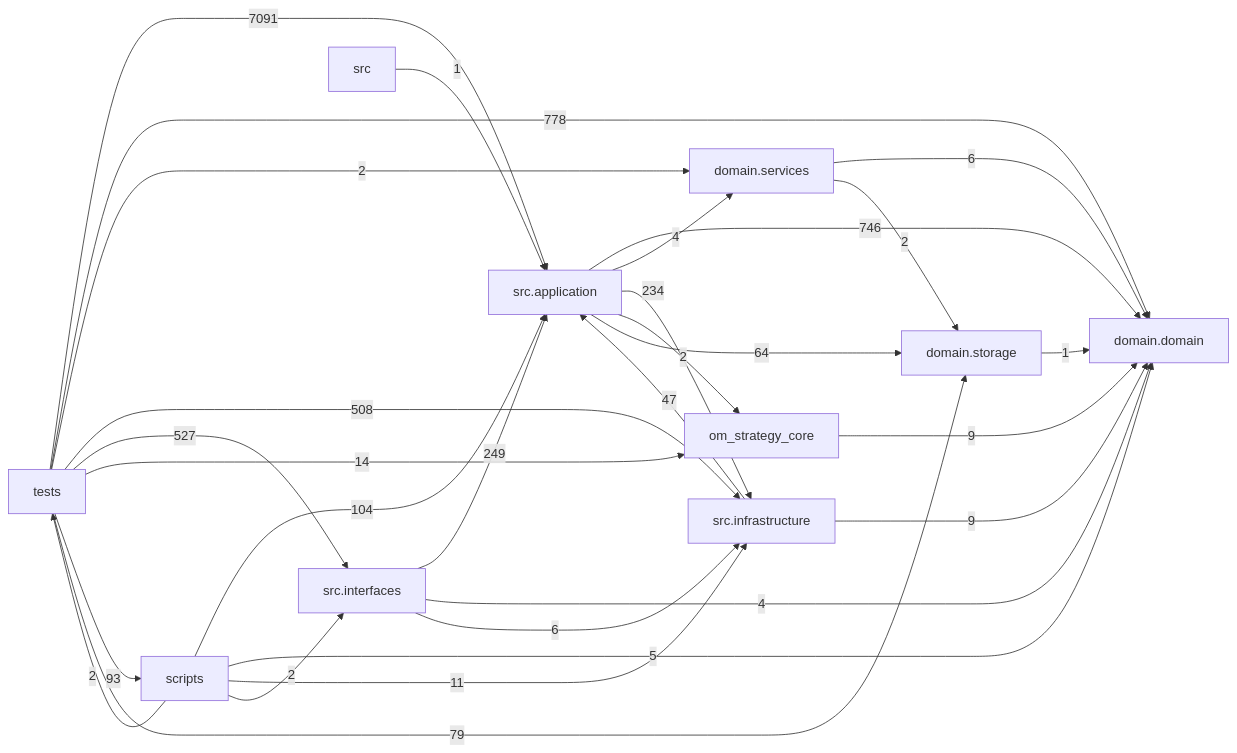
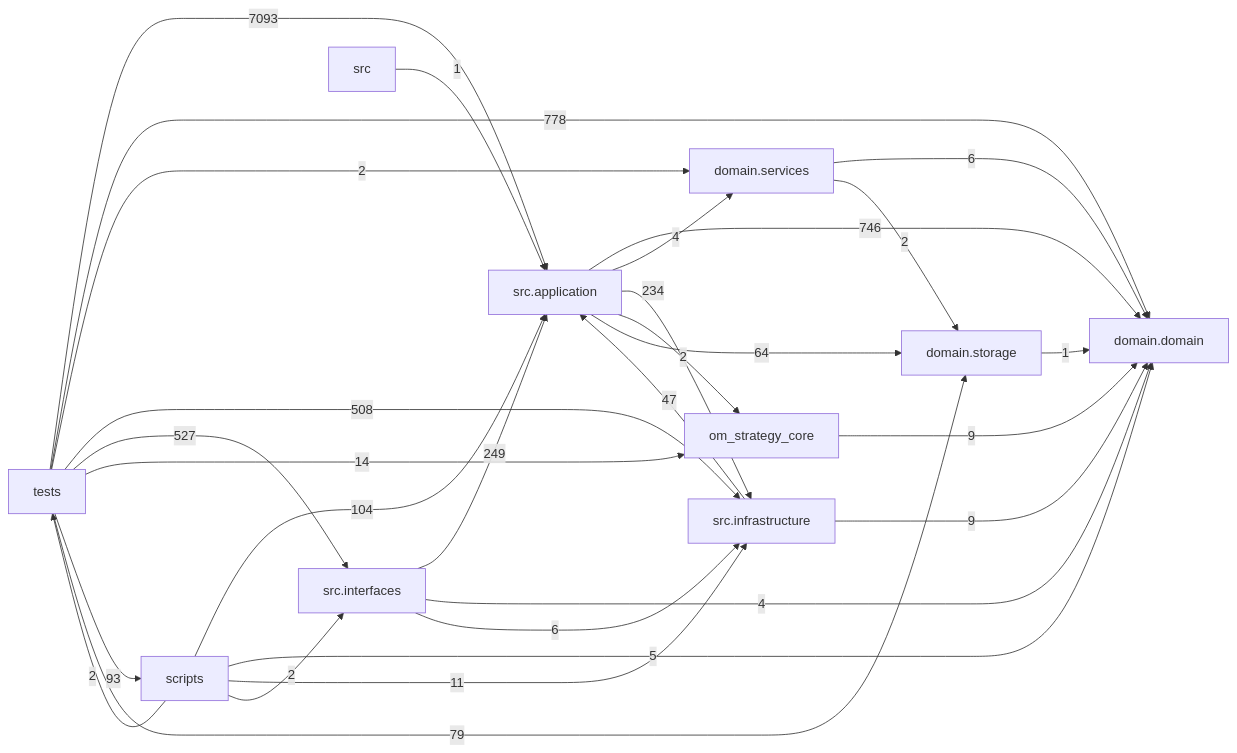
The diagram in docs/DEPENDENCY_GRAPH.md (liuxie066/options-monitor), drawn with Mermaid before and after one commit. The commit also changed other lines of this file and 5 other files, not shown here.

````diff
--- a/docs/DEPENDENCY_GRAPH.md
+++ b/docs/DEPENDENCY_GRAPH.md
@@ -24,39 +24,39 @@
 ```mermaid
 flowchart LR
   tests["tests"]
   scripts["scripts"]
   interfaces["src.interfaces"]
   application["src.application"]
   infrastructure["src.infrastructure"]
   domain_services["domain.services"]
   domain["domain.domain"]
   storage["domain.storage"]
   application -->|746| domain
   application -->|4| domain_services
   application -->|234| infrastructure
   application -->|2| om_strategy_core
   application -->|64| storage
   domain_services -->|6| domain
   domain_services -->|2| storage
   infrastructure -->|47| application
   infrastructure -->|9| domain
   interfaces -->|249| application
   interfaces -->|4| domain
   interfaces -->|6| infrastructure
   om_strategy_core -->|9| domain
   scripts -->|104| application
   scripts -->|5| domain
   scripts -->|11| infrastructure
   scripts -->|2| interfaces
   scripts -->|2| tests
   src -->|1| application
   storage -->|1| domain
-  tests -->|7091| application
+  tests -->|7093| application
   tests -->|778| domain
   tests -->|2| domain_services
   tests -->|508| infrastructure
   tests -->|527| interfaces
   tests -->|14| om_strategy_core
   tests -->|93| scripts
   tests -->|79| storage
 ```
````
